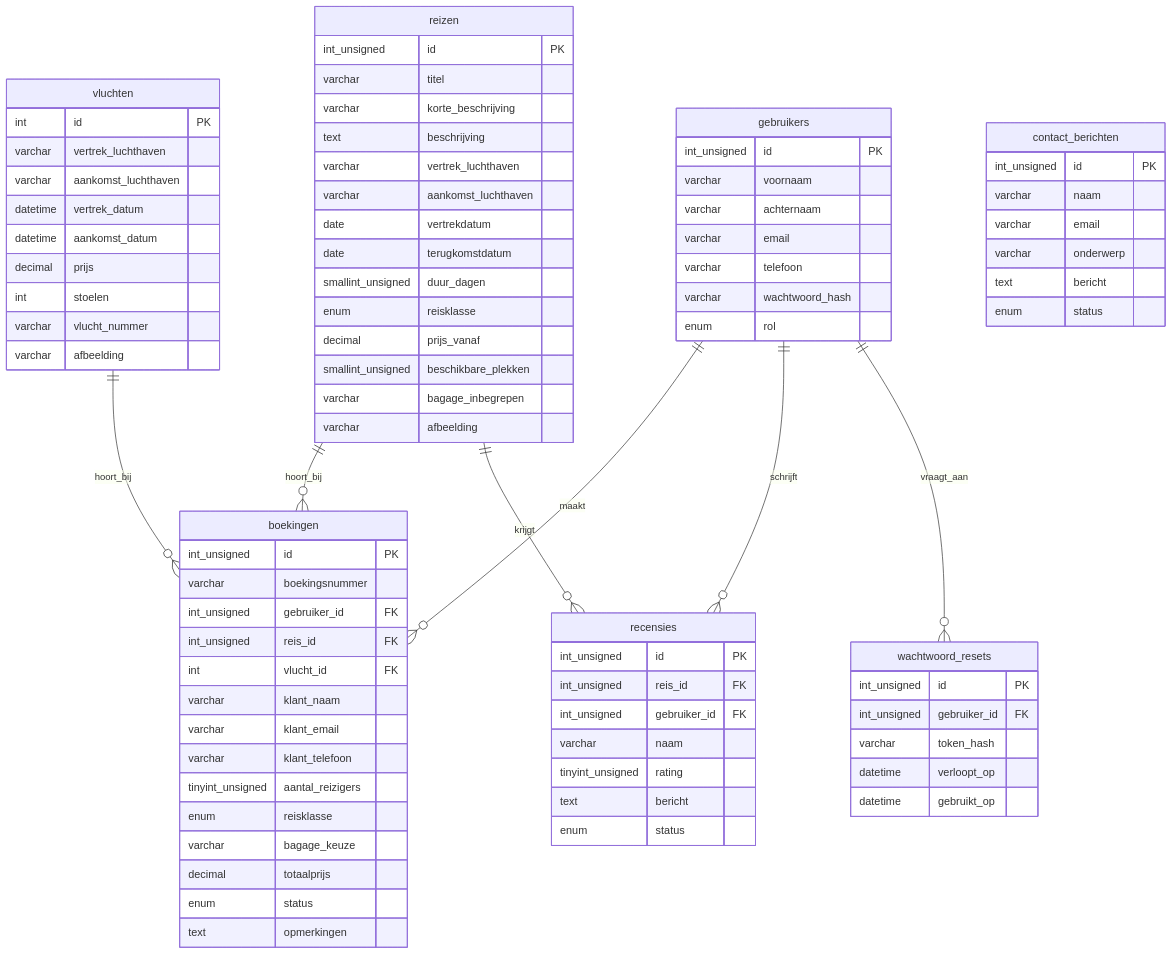
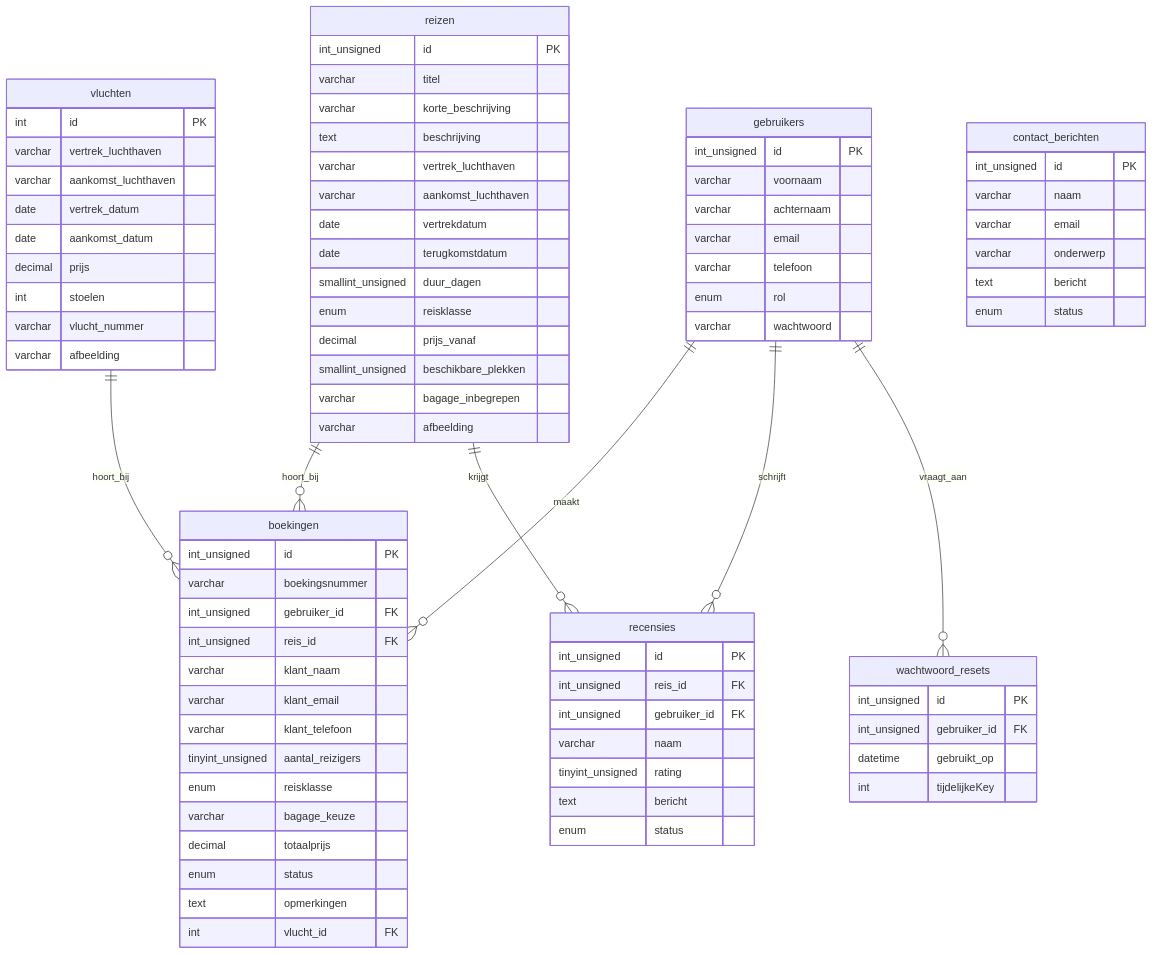
The diagram in ERD_Qlawie_Airlines.mmd (aznixx/Qlawie-Airlines), drawn with Mermaid before and after one commit. The commit also changed 35 other files, not shown here.

```diff
--- a/ERD_Qlawie_Airlines.mmd
+++ b/ERD_Qlawie_Airlines.mmd
@@ -1,90 +1,89 @@
 erDiagram
     gebruikers {
         int_unsigned id PK
         varchar voornaam
         varchar achternaam
         varchar email
         varchar telefoon
-        varchar wachtwoord_hash
         enum rol
+        varchar wachtwoord
     }
 
     reizen {
         int_unsigned id PK
         varchar titel
         varchar korte_beschrijving
         text beschrijving
         varchar vertrek_luchthaven
         varchar aankomst_luchthaven
         date vertrekdatum
         date terugkomstdatum
         smallint_unsigned duur_dagen
         enum reisklasse
         decimal prijs_vanaf
         smallint_unsigned beschikbare_plekken
         varchar bagage_inbegrepen
         varchar afbeelding
     }
 
     vluchten {
         int id PK
         varchar vertrek_luchthaven
         varchar aankomst_luchthaven
-        datetime vertrek_datum
-        datetime aankomst_datum
+        date vertrek_datum
+        date aankomst_datum
         decimal prijs
         int stoelen
         varchar vlucht_nummer
         varchar afbeelding
     }
 
     boekingen {
         int_unsigned id PK
         varchar boekingsnummer
         int_unsigned gebruiker_id FK
         int_unsigned reis_id FK
-        int vlucht_id FK
         varchar klant_naam
         varchar klant_email
         varchar klant_telefoon
         tinyint_unsigned aantal_reizigers
         enum reisklasse
         varchar bagage_keuze
         decimal totaalprijs
         enum status
         text opmerkingen
+        int vlucht_id FK
     }
 
     recensies {
         int_unsigned id PK
         int_unsigned reis_id FK
         int_unsigned gebruiker_id FK
         varchar naam
         tinyint_unsigned rating
         text bericht
         enum status
     }
 
     contact_berichten {
         int_unsigned id PK
         varchar naam
         varchar email
         varchar onderwerp
         text bericht
         enum status
     }
 
     wachtwoord_resets {
         int_unsigned id PK
         int_unsigned gebruiker_id FK
-        varchar token_hash
-        datetime verloopt_op
         datetime gebruikt_op
+        int tijdelijkeKey
     }
 
     gebruikers ||--o{ boekingen : maakt
     reizen ||--o{ boekingen : hoort_bij
     vluchten ||--o{ boekingen : hoort_bij
     gebruikers ||--o{ recensies : schrijft
     reizen ||--o{ recensies : krijgt
     gebruikers ||--o{ wachtwoord_resets : vraagt_aan
```
